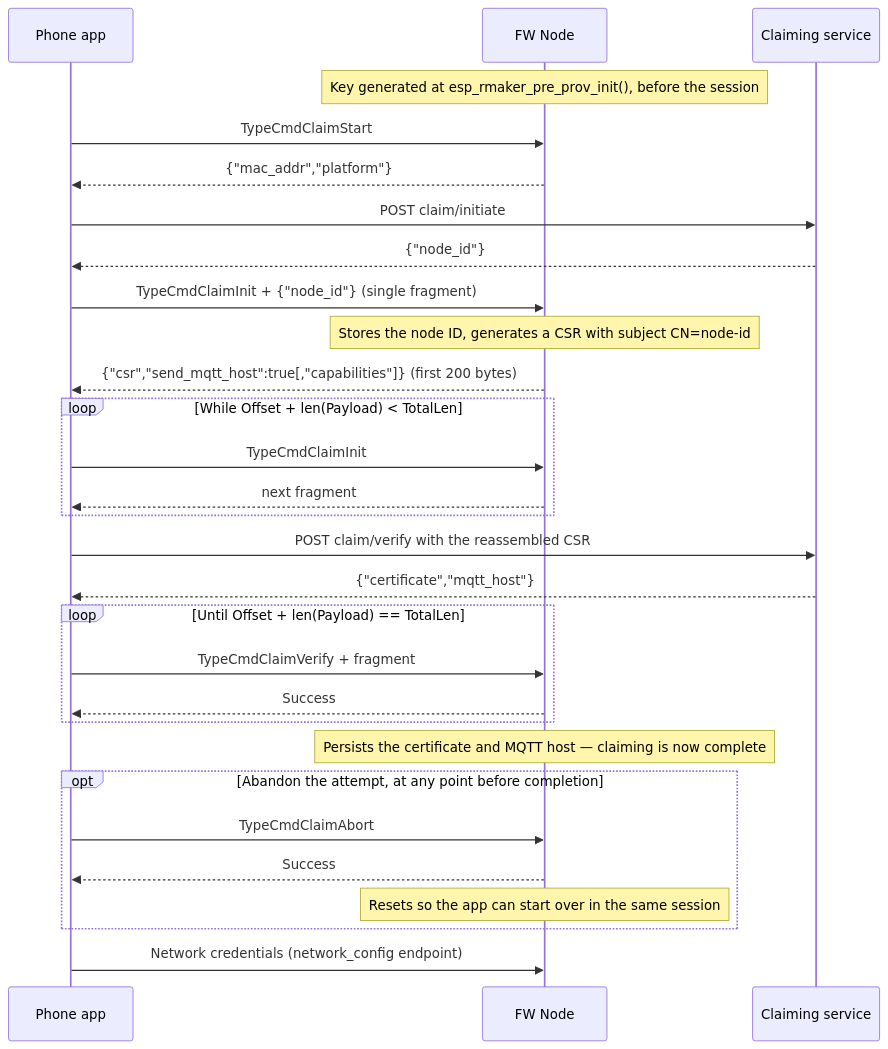
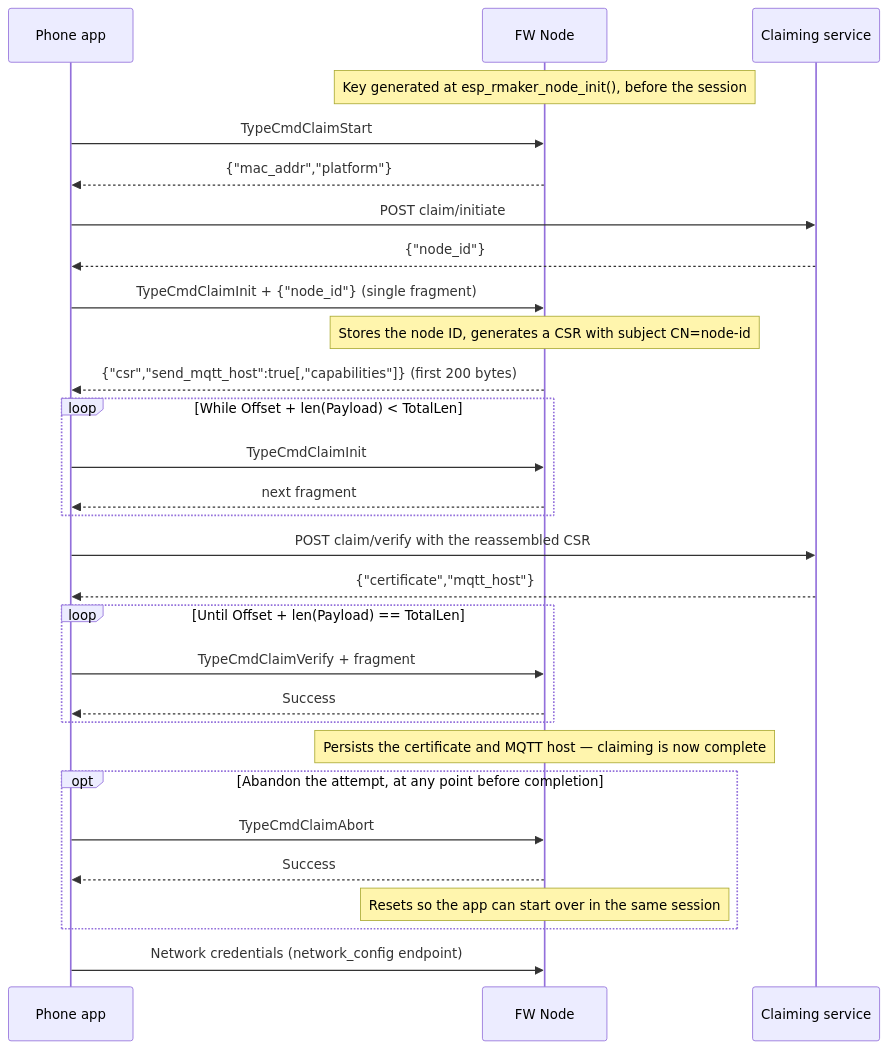
One commit to espressif/esp-rainmaker-neo-firmware changed the diagram in docs/en/specs/provisioning.md. Above: the diagram before and after it, drawn with Mermaid. The commit also changed other lines of this file and 45 other files, not shown here.

First line of the commit message:
refactor(neo): create the node before provisioning

````diff
--- a/docs/en/specs/provisioning.md
+++ b/docs/en/specs/provisioning.md
@@ -62,38 +78,38 @@
 ```mermaid
 sequenceDiagram
     participant app as Phone app
     participant node as FW Node
     participant svc as Claiming service
 
-    Note over node: Key generated at esp_rmaker_pre_prov_init(), before the session
+    Note over node: Key generated at esp_rmaker_node_init(), before the session
 
     app ->> node: TypeCmdClaimStart
     node -->> app: {"mac_addr","platform"}
     app ->> svc: POST claim/initiate
     svc -->> app: {"node_id"}
 
     app ->> node: TypeCmdClaimInit + {"node_id"} (single fragment)
     Note over node: Stores the node ID, generates a CSR with subject CN=node-id
     node -->> app: {"csr","send_mqtt_host":true[,"capabilities"]} (first 200 bytes)
     loop While Offset + len(Payload) < TotalLen
         app ->> node: TypeCmdClaimInit
         node -->> app: next fragment
     end
 
     app ->> svc: POST claim/verify with the reassembled CSR
     svc -->> app: {"certificate","mqtt_host"}
 
     loop Until Offset + len(Payload) == TotalLen
         app ->> node: TypeCmdClaimVerify + fragment
         node -->> app: Success
     end
     Note over node: Persists the certificate and MQTT host — claiming is now complete
 
     opt Abandon the attempt, at any point before completion
         app ->> node: TypeCmdClaimAbort
         node -->> app: Success
         Note over node: Resets so the app can start over in the same session
     end
 
     app ->> node: Network credentials (network_config endpoint)
 ```
````
